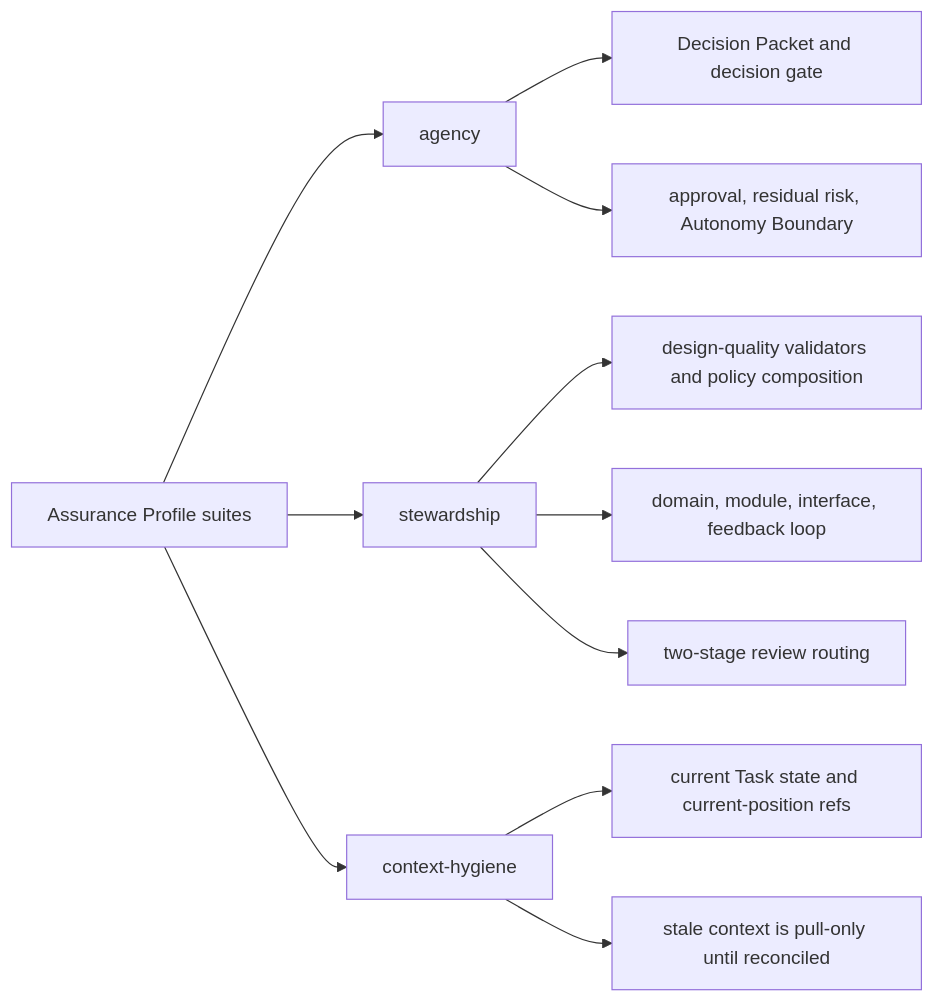
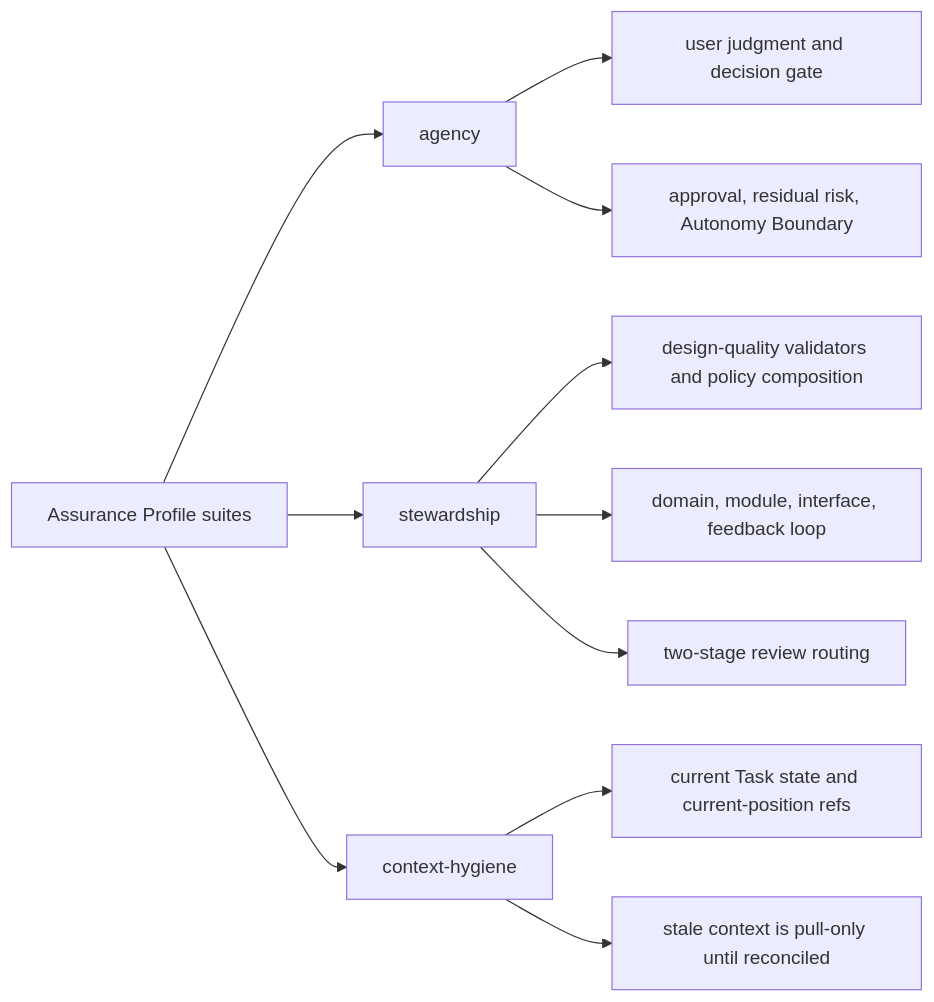
One commit to minjungw00/Harness_Project changed the diagram in docs/en/reference/future-fixture-catalog.md. Above: the diagram before and after it, drawn with Mermaid. The commit also changed other lines of this file and 90 other files, not shown here.

Commit message:
docs: simplify user judgment model and naming

````diff
--- a/docs/en/reference/future-fixture-catalog.md
+++ b/docs/en/reference/future-fixture-catalog.md
@@ -63,13 +63,13 @@
 ```mermaid
 flowchart LR
   Suites["Assurance Profile suites"] --> Agency["agency"]
   Suites --> Stewardship["stewardship"]
   Suites --> Context["context-hygiene"]
-  Agency --> A1["Decision Packet and decision gate"]
+  Agency --> A1["user judgment and decision gate"]
   Agency --> A2["approval, residual risk, Autonomy Boundary"]
   Stewardship --> S1["design-quality validators and policy composition"]
   Stewardship --> S2["domain, module, interface, feedback loop"]
   Stewardship --> S3["two-stage review routing"]
   Context --> C1["current Task state and current-position refs"]
   Context --> C2["stale context is pull-only until reconciled"]
 ```
````
